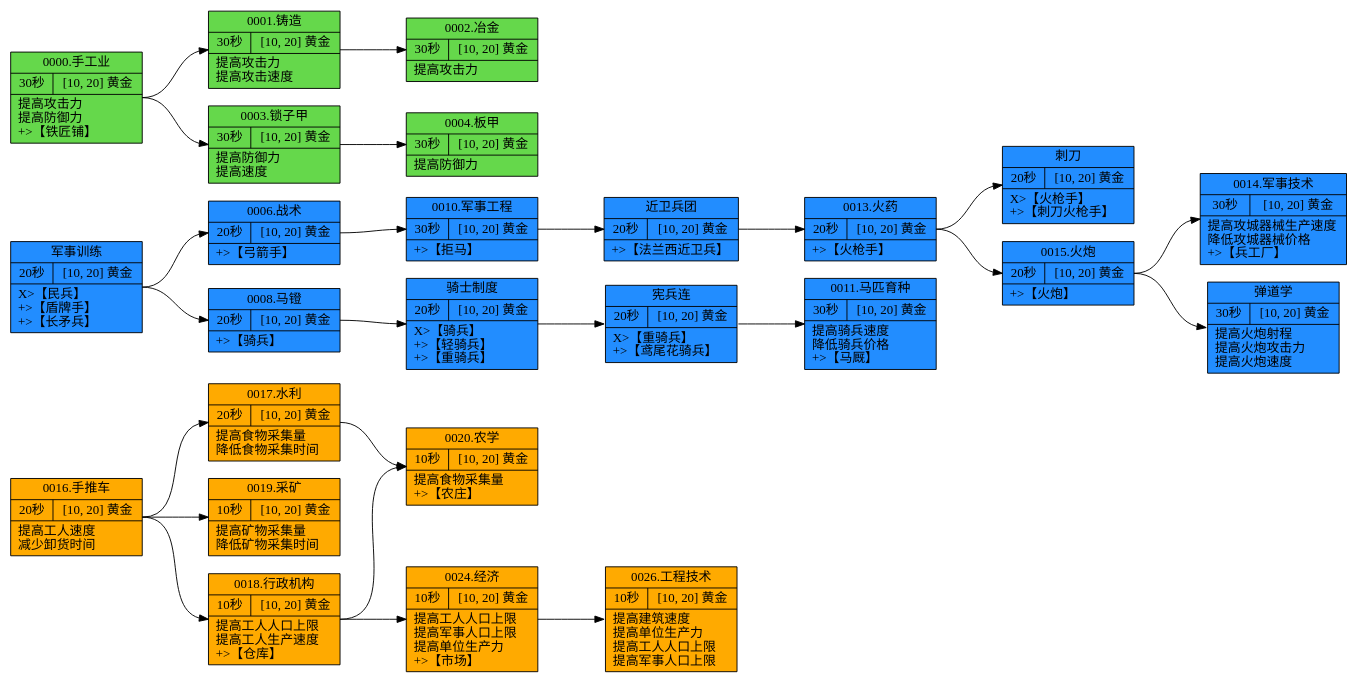
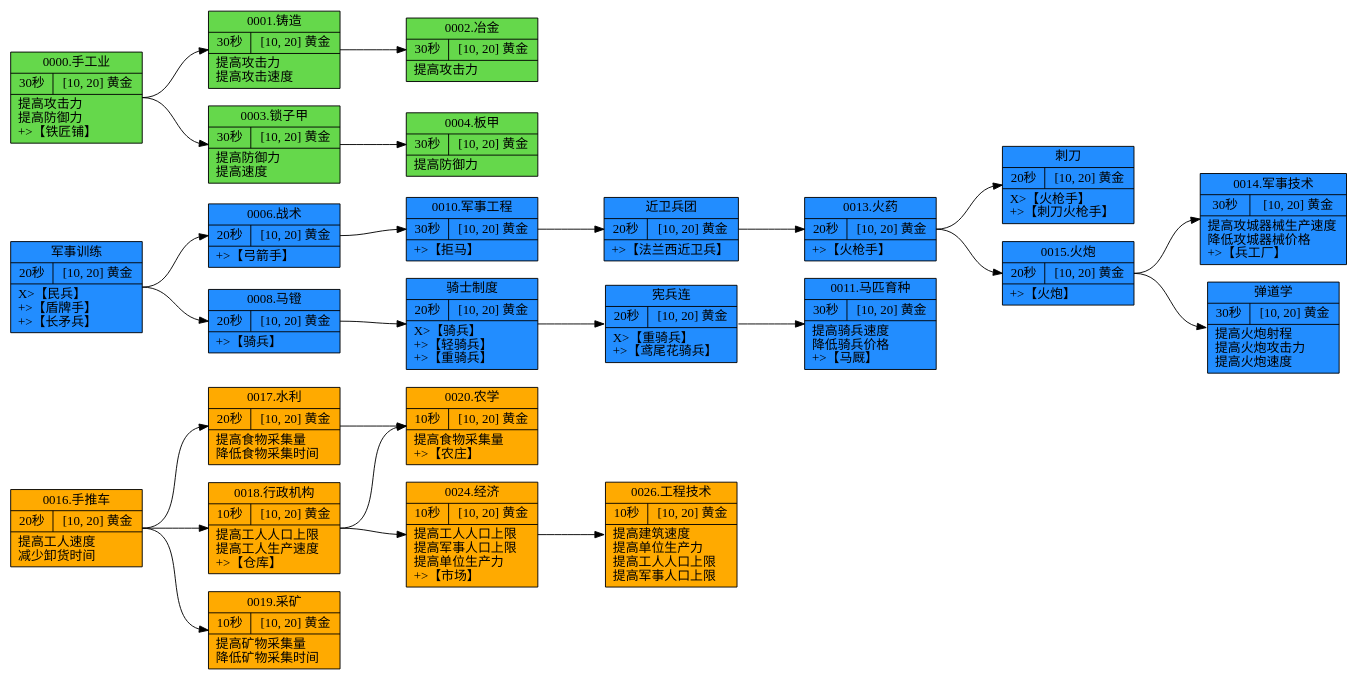
The diagram in PythonTools/TechTreeGraph/Byzantine.gv (HkingAuditore/ToyEmpiresDocuments), drawn with Graphviz before and after one commit. The commit also changed other lines of this file and 8 other files, not shown here.

```diff
--- a/PythonTools/TechTreeGraph/Byzantine.gv
+++ b/PythonTools/TechTreeGraph/Byzantine.gv
@@ -1,51 +1,51 @@
 digraph G {
 	rankdir=LR ranksep=1
 	"0016.手推车" [label="0016.手推车|{<f0>20秒| <f1>[10, 20] 黄金 }|提高工人速度\l减少卸货时间\l" fillcolor="#ffaa00" fontname=SimSun shape=record style=filled]
 	"0017.水利" [label="0017.水利|{<f0>20秒| <f1>[10, 20] 黄金 }|提高食物采集量\l降低食物采集时间\l" fillcolor="#ffaa00" fontname=SimSun shape=record style=filled]
 	"0016.手推车":e -> "0017.水利":w [len=2.00]
+	"0018.行政机构" [label="0018.行政机构|{<f0>10秒| <f1>[10, 20] 黄金 }|提高工人人口上限\l提高工人生产速度\l\+\>【仓库】\l" fillcolor="#ffaa00" fontname=SimSun shape=record style=filled]
+	"0016.手推车":e -> "0018.行政机构":w [len=2.00]
 	"0019.采矿" [label="0019.采矿|{<f0>10秒| <f1>[10, 20] 黄金 }|提高矿物采集量\l降低矿物采集时间\l" fillcolor="#ffaa00" fontname=SimSun shape=record style=filled]
 	"0016.手推车":e -> "0019.采矿":w [len=2.00]
-	"0018.行政机构" [label="0018.行政机构|{<f0>10秒| <f1>[10, 20] 黄金 }|提高工人人口上限\l提高工人生产速度\l\+\>【仓库】\l" fillcolor="#ffaa00" fontname=SimSun shape=record style=filled]
-	"0016.手推车":e -> "0018.行政机构":w [len=2.00]
 	"0020.农学" [label="0020.农学|{<f0>10秒| <f1>[10, 20] 黄金 }|提高食物采集量\l\+\>【农庄】\l" fillcolor="#ffaa00" fontname=SimSun shape=record style=filled]
 	"0017.水利":e -> "0020.农学":w [len=2.00]
 	"0018.行政机构":e -> "0020.农学":w [len=2.00]
 	"0024.经济" [label="0024.经济|{<f0>10秒| <f1>[10, 20] 黄金 }|提高工人人口上限\l提高军事人口上限\l提高单位生产力\l\+\>【市场】\l" fillcolor="#ffaa00" fontname=SimSun shape=record style=filled]
 	"0018.行政机构":e -> "0024.经济":w [len=2.00]
 	"0026.工程技术" [label="0026.工程技术|{<f0>10秒| <f1>[10, 20] 黄金 }|提高建筑速度\l提高单位生产力\l提高工人人口上限\l提高军事人口上限\l" fillcolor="#ffaa00" fontname=SimSun shape=record style=filled]
 	"0024.经济":e -> "0026.工程技术":w [len=2.00]
 	"军事训练" [label="军事训练|{<f0>20秒| <f1>[10, 20] 黄金 }|\X\>【民兵】\l\+\>【盾牌手】\l\+\>【长矛兵】\l" fillcolor="#228dff" fontname=SimSun shape=record style=filled]
 	"0006.战术" [label="0006.战术|{<f0>20秒| <f1>[10, 20] 黄金 }|\+\>【弓箭手】\l" fillcolor="#228dff" fontname=SimSun shape=record style=filled]
 	"军事训练":e -> "0006.战术":w [len=2.00]
 	"0008.马镫" [label="0008.马镫|{<f0>20秒| <f1>[10, 20] 黄金 }|\+\>【骑兵】\l" fillcolor="#228dff" fontname=SimSun shape=record style=filled]
 	"军事训练":e -> "0008.马镫":w [len=2.00]
 	"骑士制度" [label="骑士制度|{<f0>20秒| <f1>[10, 20] 黄金 }|\X\>【骑兵】\l\+\>【轻骑兵】\l\+\>【重骑兵】\l" fillcolor="#228dff" fontname=SimSun shape=record style=filled]
 	"0008.马镫":e -> "骑士制度":w [len=2.00]
 	"宪兵连" [label="宪兵连|{<f0>20秒| <f1>[10, 20] 黄金 }|\X\>【重骑兵】\l\+\>【鸢尾花骑兵】\l" fillcolor="#228dff" fontname=SimSun shape=record style=filled]
 	"骑士制度":e -> "宪兵连":w [len=2.00]
 	"0010.军事工程" [label="0010.军事工程|{<f0>30秒| <f1>[10, 20] 黄金 }|\+\>【拒马】\l" fillcolor="#228dff" fontname=SimSun shape=record style=filled]
 	"0006.战术":e -> "0010.军事工程":w [len=2.00]
 	"近卫兵团" [label="近卫兵团|{<f0>20秒| <f1>[10, 20] 黄金 }|\+\>【法兰西近卫兵】\l" fillcolor="#228dff" fontname=SimSun shape=record style=filled]
 	"0010.军事工程":e -> "近卫兵团":w [len=2.00]
 	"0013.火药" [label="0013.火药|{<f0>20秒| <f1>[10, 20] 黄金 }|\+\>【火枪手】\l" fillcolor="#228dff" fontname=SimSun shape=record style=filled]
 	"近卫兵团":e -> "0013.火药":w [len=2.00]
 	"刺刀" [label="刺刀|{<f0>20秒| <f1>[10, 20] 黄金 }|\X\>【火枪手】\l\+\>【刺刀火枪手】\l" fillcolor="#228dff" fontname=SimSun shape=record style=filled]
 	"0013.火药":e -> "刺刀":w [len=2.00]
 	"0015.火炮" [label="0015.火炮|{<f0>20秒| <f1>[10, 20] 黄金 }|\+\>【火炮】\l" fillcolor="#228dff" fontname=SimSun shape=record style=filled]
 	"0013.火药":e -> "0015.火炮":w [len=2.00]
 	"0011.马匹育种" [label="0011.马匹育种|{<f0>30秒| <f1>[10, 20] 黄金 }|提高骑兵速度\l降低骑兵价格\l\+\>【马厩】\l" fillcolor="#228dff" fontname=SimSun shape=record style=filled]
 	"宪兵连":e -> "0011.马匹育种":w [len=2.00]
 	"0014.军事技术" [label="0014.军事技术|{<f0>30秒| <f1>[10, 20] 黄金 }|提高攻城器械生产速度\l降低攻城器械价格\l\+\>【兵工厂】\l" fillcolor="#228dff" fontname=SimSun shape=record style=filled]
 	"0015.火炮":e -> "0014.军事技术":w [len=2.00]
 	"弹道学" [label="弹道学|{<f0>30秒| <f1>[10, 20] 黄金 }|提高火炮射程\l提高火炮攻击力\l提高火炮速度\l" fillcolor="#228dff" fontname=SimSun shape=record style=filled]
 	"0015.火炮":e -> "弹道学":w [len=2.00]
 	"0000.手工业" [label="0000.手工业|{<f0>30秒| <f1>[10, 20] 黄金 }|提高攻击力\l提高防御力\l\+\>【铁匠铺】\l" fillcolor="#65d84b" fontname=SimSun shape=record style=filled]
 	"0001.铸造" [label="0001.铸造|{<f0>30秒| <f1>[10, 20] 黄金 }|提高攻击力\l提高攻击速度\l" fillcolor="#65d84b" fontname=SimSun shape=record style=filled]
 	"0000.手工业":e -> "0001.铸造":w [len=2.00]
 	"0002.冶金" [label="0002.冶金|{<f0>30秒| <f1>[10, 20] 黄金 }|提高攻击力\l" fillcolor="#65d84b" fontname=SimSun shape=record style=filled]
 	"0001.铸造":e -> "0002.冶金":w [len=2.00]
 	"0003.锁子甲" [label="0003.锁子甲|{<f0>30秒| <f1>[10, 20] 黄金 }|提高防御力\l提高速度\l" fillcolor="#65d84b" fontname=SimSun shape=record style=filled]
 	"0000.手工业":e -> "0003.锁子甲":w [len=2.00]
 	"0004.板甲" [label="0004.板甲|{<f0>30秒| <f1>[10, 20] 黄金 }|提高防御力\l" fillcolor="#65d84b" fontname=SimSun shape=record style=filled]
 	"0003.锁子甲":e -> "0004.板甲":w [len=2.00]
 }
```
